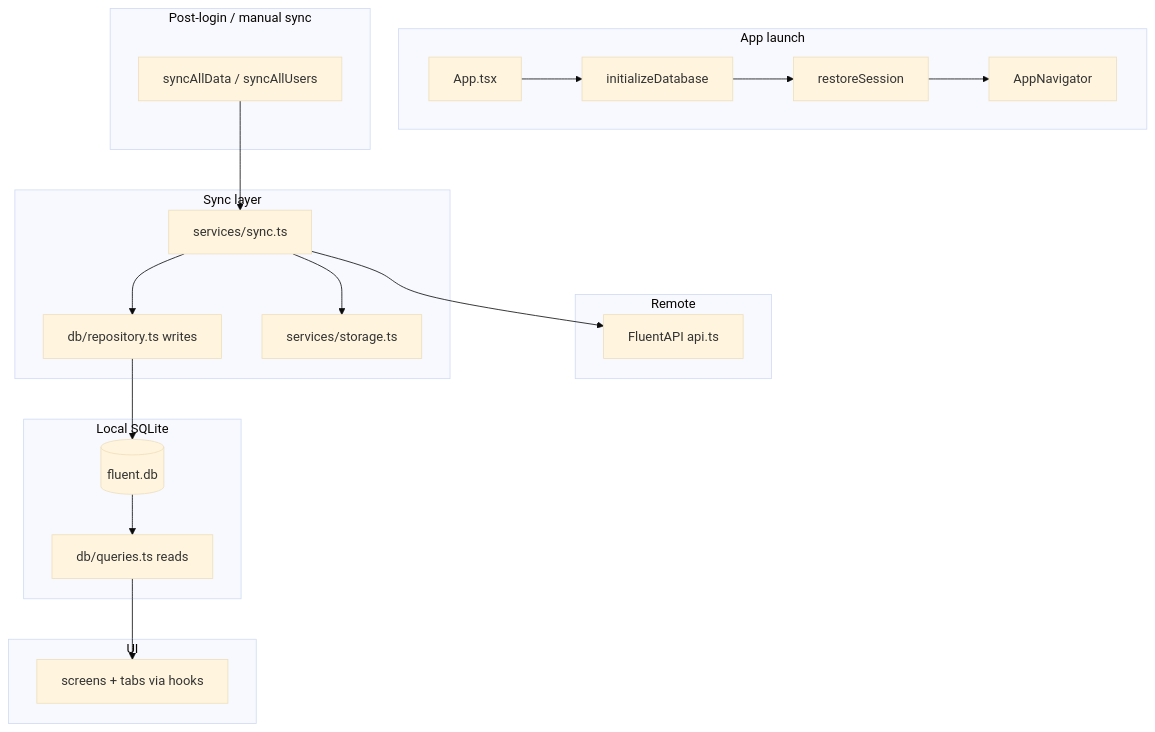
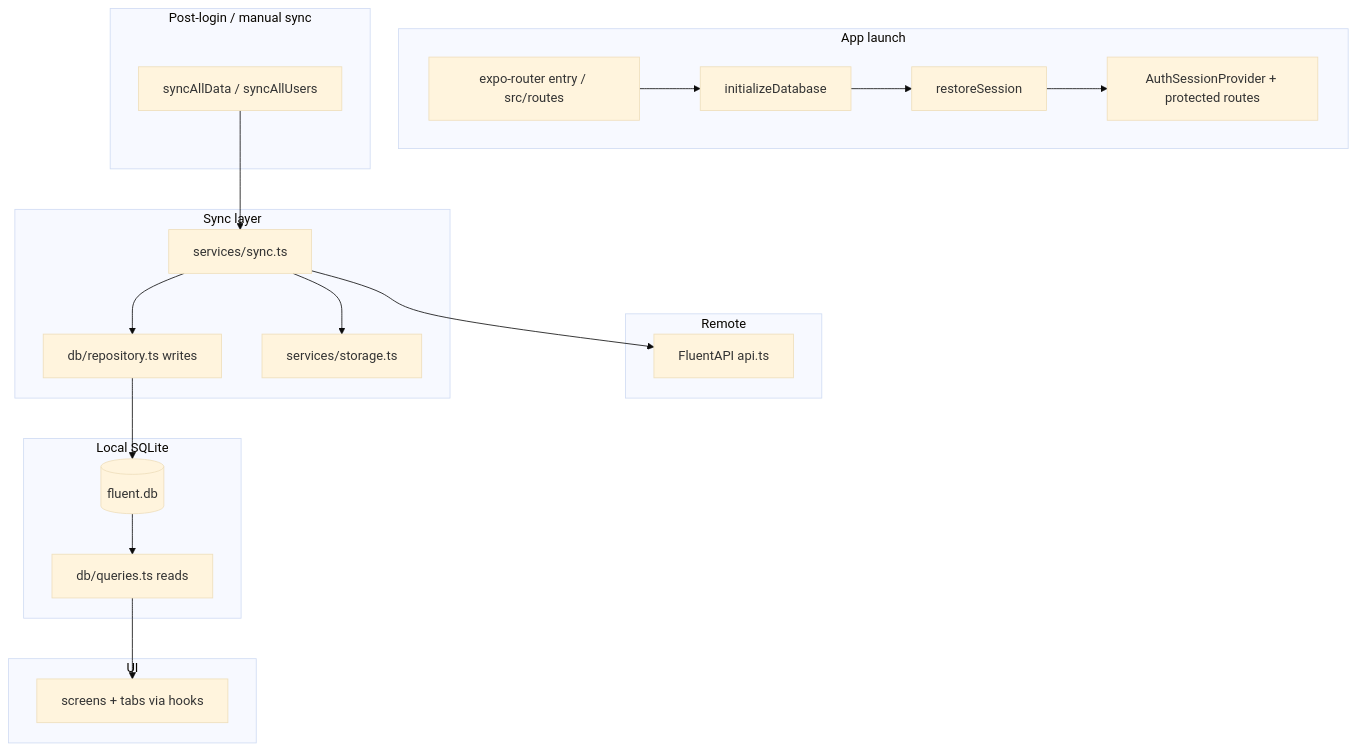
One commit to eten-tech-foundation/fluent-mobile changed the diagram in docs/AGENT_ONBOARDING.md. Above: the diagram before and after it, drawn with Mermaid (base theme). The commit also changed other lines of this file and 74 other files, not shown here.

First line of the commit message:
[#276]: Migrate navigation to Expo Router with auth-gated routes

````diff
--- a/docs/AGENT_ONBOARDING.md
+++ b/docs/AGENT_ONBOARDING.md
@@ -130,38 +131,38 @@
 ```mermaid
 flowchart TD
   subgraph launch [App launch]
-    App[App.tsx]
+    Entry[expo-router entry / src/routes]
     InitDB[initializeDatabase]
     Restore[restoreSession]
-    Nav[AppNavigator]
-    App --> InitDB --> Restore --> Nav
+    Gate[AuthSessionProvider + protected routes]
+    Entry --> InitDB --> Restore --> Gate
   end
 
   subgraph postLogin [Post-login / manual sync]
     SyncAll[syncAllData / syncAllUsers]
   end
 
   subgraph remote [Remote]
     API[FluentAPI api.ts]
   end
 
   subgraph sync [Sync layer]
     SyncSvc[services/sync.ts]
     SyncAll --> SyncSvc
     SyncSvc --> API
     SyncSvc --> Repo[db/repository.ts writes]
     SyncSvc --> KV[services/storage.ts]
   end
 
   subgraph local [Local SQLite]
     DB[(fluent.db)]
     Repo --> DB
     Queries[db/queries.ts reads]
     DB --> Queries
   end
 
   subgraph ui [UI]
     Screens[screens + tabs via hooks]
     Queries --> Screens
   end
 ```
````
